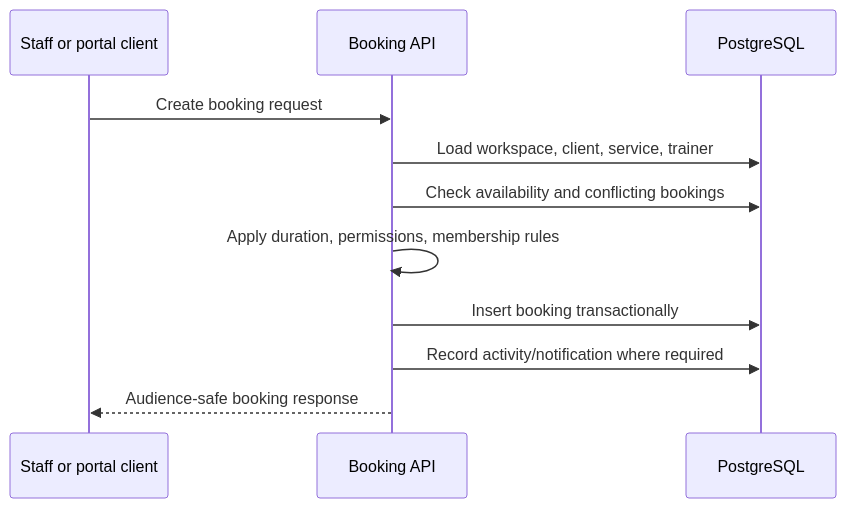
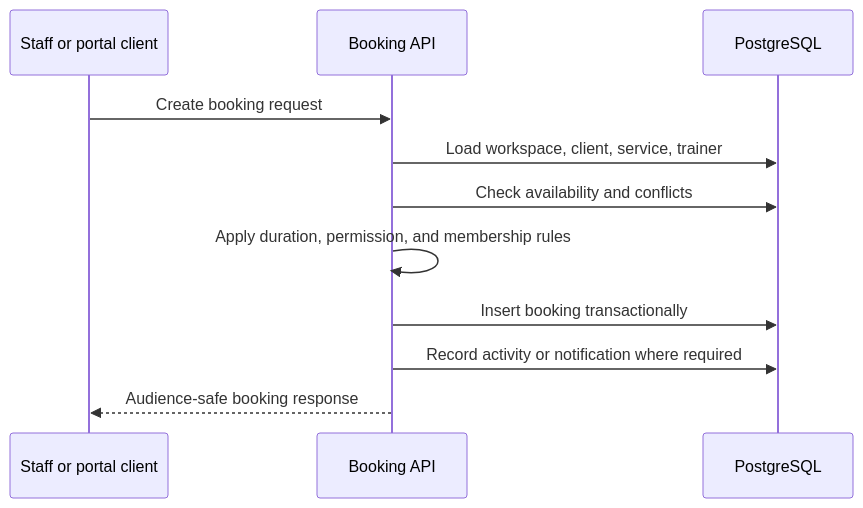
The fifth of 6 diagrams in ARCHITECTURE.md (anes-dev-ml/GymFlow-Showcase), drawn with Mermaid before and after one commit. The commit also changed other lines of this file, not shown here.

Commit message:
docs: polish architecture case study for public review

````diff
--- a/ARCHITECTURE.md
+++ b/ARCHITECTURE.md
@@ -358,14 +266,14 @@
 ```mermaid
 sequenceDiagram
     participant U as Staff or portal client
     participant A as Booking API
     participant D as PostgreSQL
 
     U->>A: Create booking request
     A->>D: Load workspace, client, service, trainer
-    A->>D: Check availability and conflicting bookings
-    A->>A: Apply duration, permissions, membership rules
+    A->>D: Check availability and conflicts
+    A->>A: Apply duration, permission, and membership rules
     A->>D: Insert booking transactionally
-    A->>D: Record activity/notification where required
+    A->>D: Record activity or notification where required
     A-->>U: Audience-safe booking response
 ```
````
